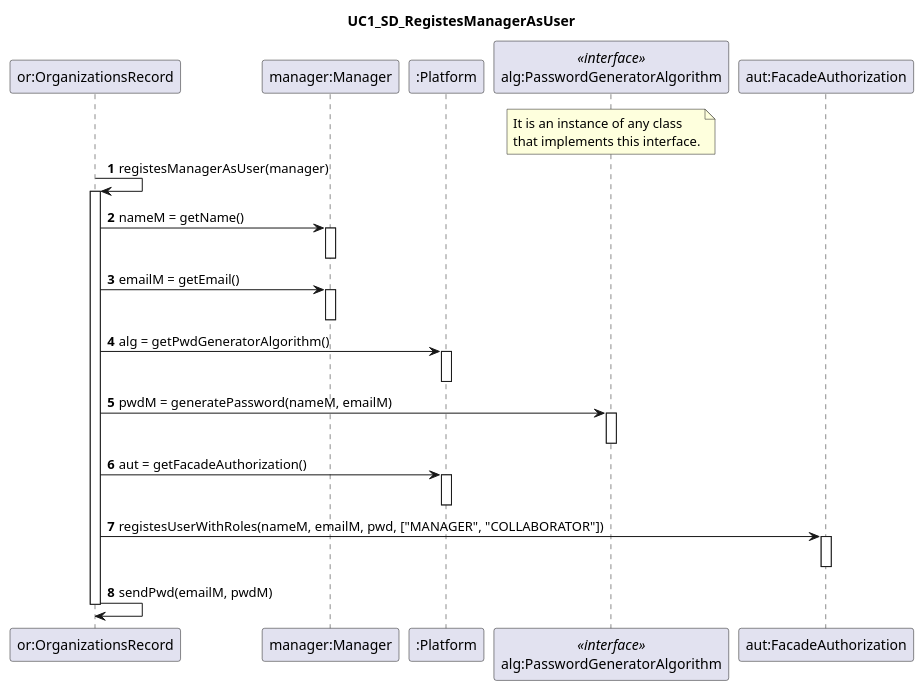
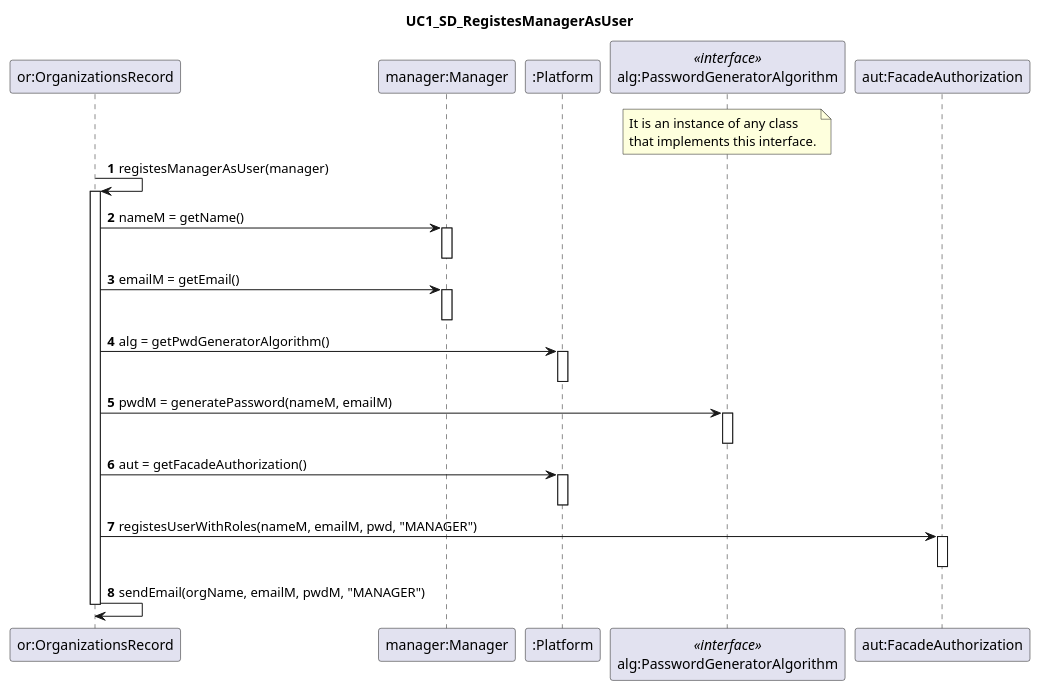
Before and after one commit to pedrolemos4/LAPR2: the diagram in docs/UC7 - Add New Organization/UC7_SD_MANAGER.puml, drawn with PlantUML. The commit also changed 8 other files, not shown here.

```diff
--- a/docs/UC7 - Add New Organization/UC7_SD_MANAGER.puml
+++ b/docs/UC7 - Add New Organization/UC7_SD_MANAGER.puml
@@ -1,47 +1,47 @@
 @startuml
 title UC1_SD_RegistesManagerAsUser
 autonumber
 
 participant "or:OrganizationsRecord" as ORGS
 participant "manager:Manager" as MANAGER
 participant ":Platform" as PLAT
 participant "alg:PasswordGeneratorAlgorithm" as ALG << interface >>
 participant "aut:FacadeAuthorization" as AUT
 
 note over of ALG
 It is an instance of any class 
 that implements this interface.
 end note
 
 ORGS -> ORGS: registesManagerAsUser(manager)
 activate ORGS
 
 ORGS -> MANAGER: nameM = getName()
 activate MANAGER
 deactivate MANAGER
 ORGS -> MANAGER: emailM = getEmail()
 activate MANAGER
 deactivate MANAGER
 
 ORGS -> PLAT : alg = getPwdGeneratorAlgorithm()
 activate PLAT
 deactivate PLAT
 
 ORGS -> ALG: pwdM = generatePassword(nameM, emailM)
 activate ALG
 deactivate ALG
 
 ORGS -> PLAT : aut = getFacadeAuthorization()
 activate PLAT
 deactivate PLAT
 
-ORGS -> AUT: registesUserWithRoles(nameM, emailM, pwd, ["MANAGER", "COLLABORATOR"])
+ORGS -> AUT: registesUserWithRoles(nameM, emailM, pwd, "MANAGER")
 activate AUT
 deactivate AUT
 
 
-ORGS -> ORGS: sendPwd(emailM, pwdM)
+ORGS -> ORGS: sendEmail(orgName, emailM, pwdM, "MANAGER")
 deactivate ORGS
 
 deactivate ORGS
 @enduml
```
